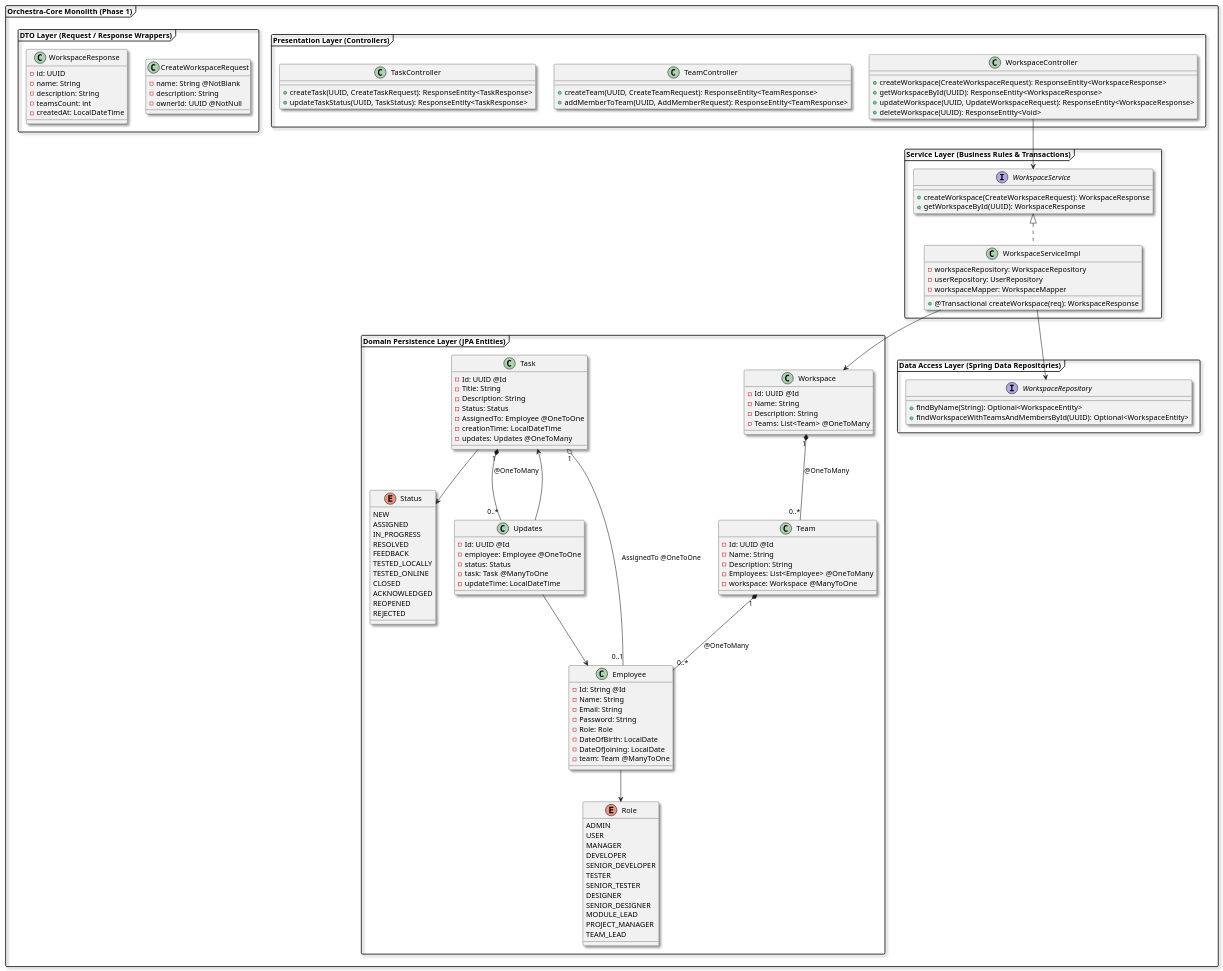
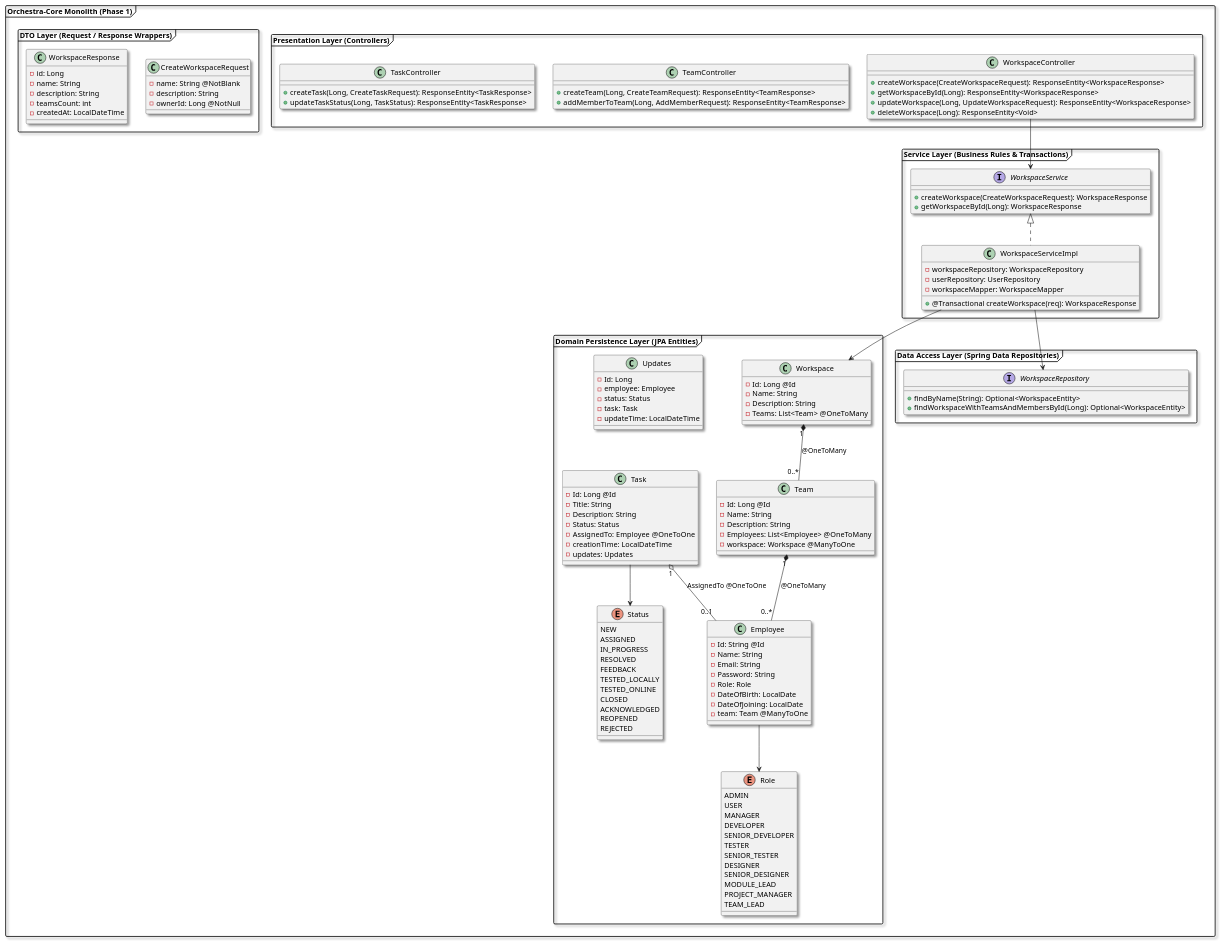
Before and after one commit to Ash4059/Orchestation: the diagram in docs/image/architecture/Orchestation_lld.puml, drawn with PlantUML.

Commit message:
refactor: replace UUID with Long for ID fields in controllers, requests, and entities

```diff
--- a/docs/image/architecture/Orchestation_lld.puml
+++ b/docs/image/architecture/Orchestation_lld.puml
@@ -1,153 +1,151 @@
 @startuml Orchestra_Core_Phase1_LLD
 
 skinparam componentStyle uml2
 skinparam Monochrome false
 skinparam Shadowing true
 skinparam packageStyle Frame
 
 package "Orchestra-Core Monolith (Phase 1)" {
 
     package "Presentation Layer (Controllers)" {
         class WorkspaceController {
             + createWorkspace(CreateWorkspaceRequest): ResponseEntity<WorkspaceResponse>
-            + getWorkspaceById(UUID): ResponseEntity<WorkspaceResponse>
-            + updateWorkspace(UUID, UpdateWorkspaceRequest): ResponseEntity<WorkspaceResponse>
-            + deleteWorkspace(UUID): ResponseEntity<Void>
+            + getWorkspaceById(Long): ResponseEntity<WorkspaceResponse>
+            + updateWorkspace(Long, UpdateWorkspaceRequest): ResponseEntity<WorkspaceResponse>
+            + deleteWorkspace(Long): ResponseEntity<Void>
         }
 
         class TeamController {
-            + createTeam(UUID, CreateTeamRequest): ResponseEntity<TeamResponse>
-            + addMemberToTeam(UUID, AddMemberRequest): ResponseEntity<TeamResponse>
+            + createTeam(Long, CreateTeamRequest): ResponseEntity<TeamResponse>
+            + addMemberToTeam(Long, AddMemberRequest): ResponseEntity<TeamResponse>
         }
 
         class TaskController {
-            + createTask(UUID, CreateTaskRequest): ResponseEntity<TaskResponse>
-            + updateTaskStatus(UUID, TaskStatus): ResponseEntity<TaskResponse>
+            + createTask(Long, CreateTaskRequest): ResponseEntity<TaskResponse>
+            + updateTaskStatus(Long, TaskStatus): ResponseEntity<TaskResponse>
         }
     }
 
     package "DTO Layer (Request / Response Wrappers)" {
         class CreateWorkspaceRequest {
             - name: String @NotBlank
             - description: String
-            - ownerId: UUID @NotNull
+            - ownerId: Long @NotNull
         }
         class WorkspaceResponse {
-            - id: UUID
+            - id: Long
             - name: String
             - description: String
             - teamsCount: int
             - createdAt: LocalDateTime
         }
     }
 
     package "Service Layer (Business Rules & Transactions)" {
         interface WorkspaceService {
             + createWorkspace(CreateWorkspaceRequest): WorkspaceResponse
-            + getWorkspaceById(UUID): WorkspaceResponse
+            + getWorkspaceById(Long): WorkspaceResponse
         }
         
         class WorkspaceServiceImpl implements WorkspaceService {
             - workspaceRepository: WorkspaceRepository
             - userRepository: UserRepository
             - workspaceMapper: WorkspaceMapper
             + @Transactional createWorkspace(req): WorkspaceResponse
         }
     }
 
     package "Domain Persistence Layer (JPA Entities)" {
         class Workspace {
-            - Id: UUID @Id
+            - Id: Long @Id
             - Name: String
             - Description: String
             - Teams: List<Team> @OneToMany
         }
 
         class Team {
-            - Id: UUID @Id
+            - Id: Long @Id
             - Name: String
             - Description: String
             - Employees: List<Employee> @OneToMany
             - workspace: Workspace @ManyToOne
         }
 
         class Employee {
             - Id: String @Id
             - Name: String
             - Email: String
             - Password: String
             - Role: Role
             - DateOfBirth: LocalDate
             - DateOfJoining: LocalDate
             - team: Team @ManyToOne
         }
 
         class Task {
-            - Id: UUID @Id
+            - Id: Long @Id
             - Title: String
             - Description: String
             - Status: Status
             - AssignedTo: Employee @OneToOne
             - creationTime: LocalDateTime
-            - updates: Updates @OneToMany
+            - updates: Updates
         }
 
         class Updates {
-            - Id: UUID @Id
-            - employee: Employee @OneToOne
+            - Id: Long
+            - employee: Employee
             - status: Status
-            - task: Task @ManyToOne
+            - task: Task
             - updateTime: LocalDateTime
         }
 
         enum Role {
             ADMIN
             USER
             MANAGER
             DEVELOPER
             SENIOR_DEVELOPER
             TESTER
             SENIOR_TESTER
             DESIGNER
             SENIOR_DESIGNER
             MODULE_LEAD
             PROJECT_MANAGER
             TEAM_LEAD
         }
 
         enum Status {
             NEW
             ASSIGNED
             IN_PROGRESS
             RESOLVED
             FEEDBACK
             TESTED_LOCALLY
             TESTED_ONLINE
             CLOSED
             ACKNOWLEDGED
             REOPENED
             REJECTED
         }
     }
 
+
     package "Data Access Layer (Spring Data Repositories)" {
         interface WorkspaceRepository {
             + findByName(String): Optional<WorkspaceEntity>
-            + findWorkspaceWithTeamsAndMembersById(UUID): Optional<WorkspaceEntity>
+            + findWorkspaceWithTeamsAndMembersById(Long): Optional<WorkspaceEntity>
         }
     }
 }
 
 WorkspaceController --> WorkspaceService
 WorkspaceServiceImpl --> WorkspaceRepository
 WorkspaceServiceImpl --> Workspace
 Workspace "1" *-- "0..*" Team : @OneToMany
 Team "1" *-- "0..*" Employee : @OneToMany
 Employee --> Role
 Task --> Status
 Task "1" o-- "0..1" Employee : AssignedTo @OneToOne
-Task "1" *-- "0..*" Updates : @OneToMany
-Updates --> Employee
-Updates --> Task
 
 @enduml
```
